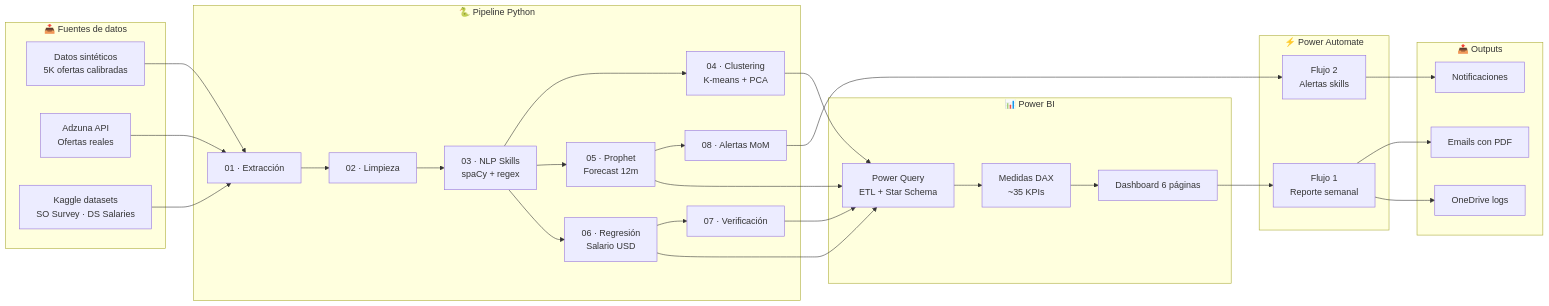
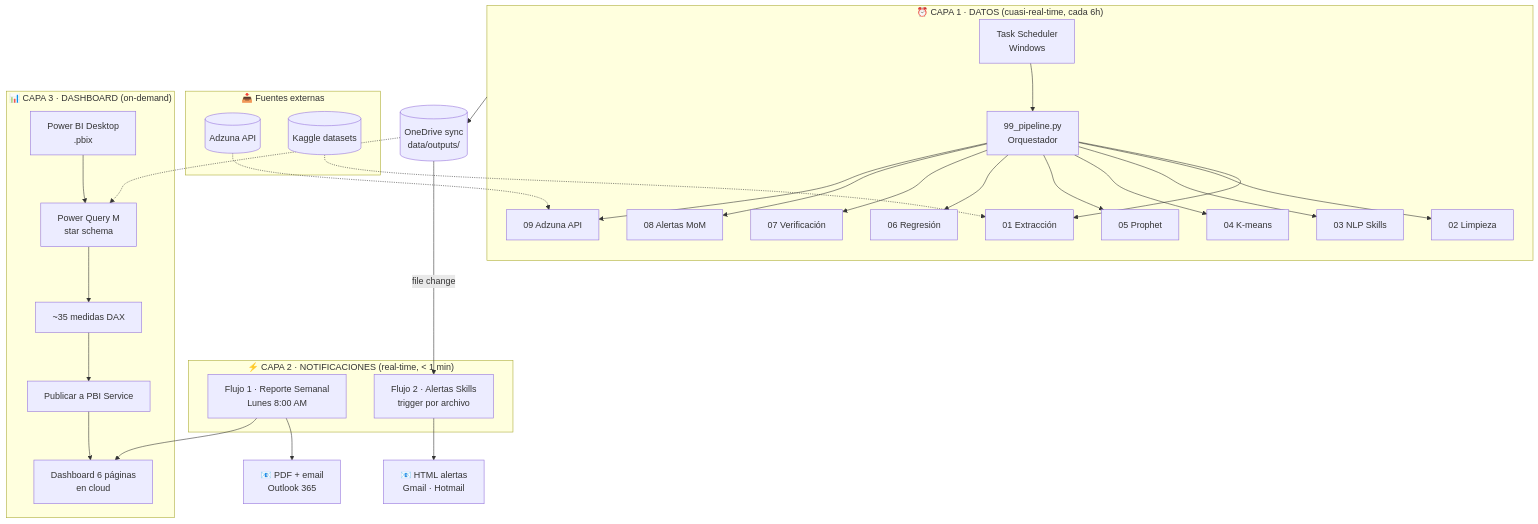
One commit to IngBilbao/observatorio-mercado-laboral changed the diagram in docs/case_study.md. Above: the diagram before and after it, drawn with Mermaid. The commit also changed other lines of this file and 9 other files, not shown here.

````diff
--- a/docs/case_study.md
+++ b/docs/case_study.md
@@ -33,55 +35,47 @@
 ```mermaid
-flowchart LR
-    subgraph fuentes ["📥 Fuentes de datos"]
-        SINT[Datos sintéticos<br/>5K ofertas calibradas]
-        ADZ[Adzuna API<br/>Ofertas reales]
-        KAG[Kaggle datasets<br/>SO Survey · DS Salaries]
+flowchart TB
+    subgraph capa1 ["⏰ CAPA 1 · DATOS  (cuasi-real-time, cada 6h)"]
+        TS[Task Scheduler<br/>Windows]
+        TS --> ORQ[99_pipeline.py<br/>Orquestador]
+        ORQ --> EXT[01 Extracción]
+        ORQ --> LIM[02 Limpieza]
+        ORQ --> NLP[03 NLP Skills]
+        ORQ --> CLU[04 K-means]
+        ORQ --> TIM[05 Prophet]
+        ORQ --> REG[06 Regresión]
+        ORQ --> VER[07 Verificación]
+        ORQ --> ALE[08 Alertas MoM]
+        ORQ --> ADZ[09 Adzuna API]
     end
 
-    subgraph python ["🐍 Pipeline Python"]
-        EXT[01 · Extracción]
-        LIM[02 · Limpieza]
-        NLP[03 · NLP Skills<br/>spaCy + regex]
-        CLU[04 · Clustering<br/>K-means + PCA]
-        TIM[05 · Prophet<br/>Forecast 12m]
-        REG[06 · Regresión<br/>Salario USD]
-        VER[07 · Verificación]
-        ALE[08 · Alertas MoM]
+    subgraph fuentes ["📥 Fuentes externas"]
+        ADZUNA[(Adzuna API)]
+        KAGGLE[(Kaggle datasets)]
     end
 
-    subgraph pbi ["📊 Power BI"]
-        PQ[Power Query<br/>ETL + Star Schema]
-        DAX[Medidas DAX<br/>~35 KPIs]
-        DASH[Dashboard 6 páginas]
+    ADZUNA -.-> ADZ
+    KAGGLE -.-> EXT
+
+    capa1 --> ONEDRIVE[(OneDrive sync<br/>data/outputs/)]
+
+    subgraph capa2 ["⚡ CAPA 2 · NOTIFICACIONES  (real-time, < 1 min)"]
+        FLOW1[Flujo 1 · Reporte Semanal<br/>Lunes 8:00 AM]
+        FLOW2[Flujo 2 · Alertas Skills<br/>trigger por archivo]
     end
 
-    subgraph pa ["⚡ Power Automate"]
-        F1[Flujo 1<br/>Reporte semanal]
-        F2[Flujo 2<br/>Alertas skills]
+    ONEDRIVE -- file change --> FLOW2
+    FLOW1 --> EMAIL1[📧 PDF + email<br/>Outlook 365]
+    FLOW2 --> EMAIL2[📧 HTML alertas<br/>Gmail · Hotmail]
+
+    subgraph capa3 ["📊 CAPA 3 · DASHBOARD  (on-demand)"]
+        PBIX[Power BI Desktop<br/>.pbix]
+        PQ[Power Query M<br/>star schema]
+        DAX[~35 medidas DAX]
+        PBIX --> PQ --> DAX
+        DAX --> PUBLISH[Publicar a PBI Service]
+        PUBLISH --> DASH[Dashboard 6 páginas<br/>en cloud]
     end
 
-    subgraph out ["📤 Outputs"]
-        EMAIL[Emails con PDF]
-        ONE[OneDrive logs]
-        ALERTS[Notificaciones]
-    end
-
-    SINT --> EXT
-    ADZ --> EXT
-    KAG --> EXT
-    EXT --> LIM --> NLP --> CLU
-    NLP --> TIM
-    NLP --> REG
-    REG --> VER
-    TIM --> ALE
-    VER --> PQ
-    CLU --> PQ
-    TIM --> PQ
-    REG --> PQ
-    PQ --> DAX --> DASH
-    DASH --> F1
-    ALE --> F2
-    F1 --> EMAIL
-    F1 --> ONE
-    F2 --> ALERTS
+    ONEDRIVE -.-> PQ
+    FLOW1 --> DASH
 ```
````
